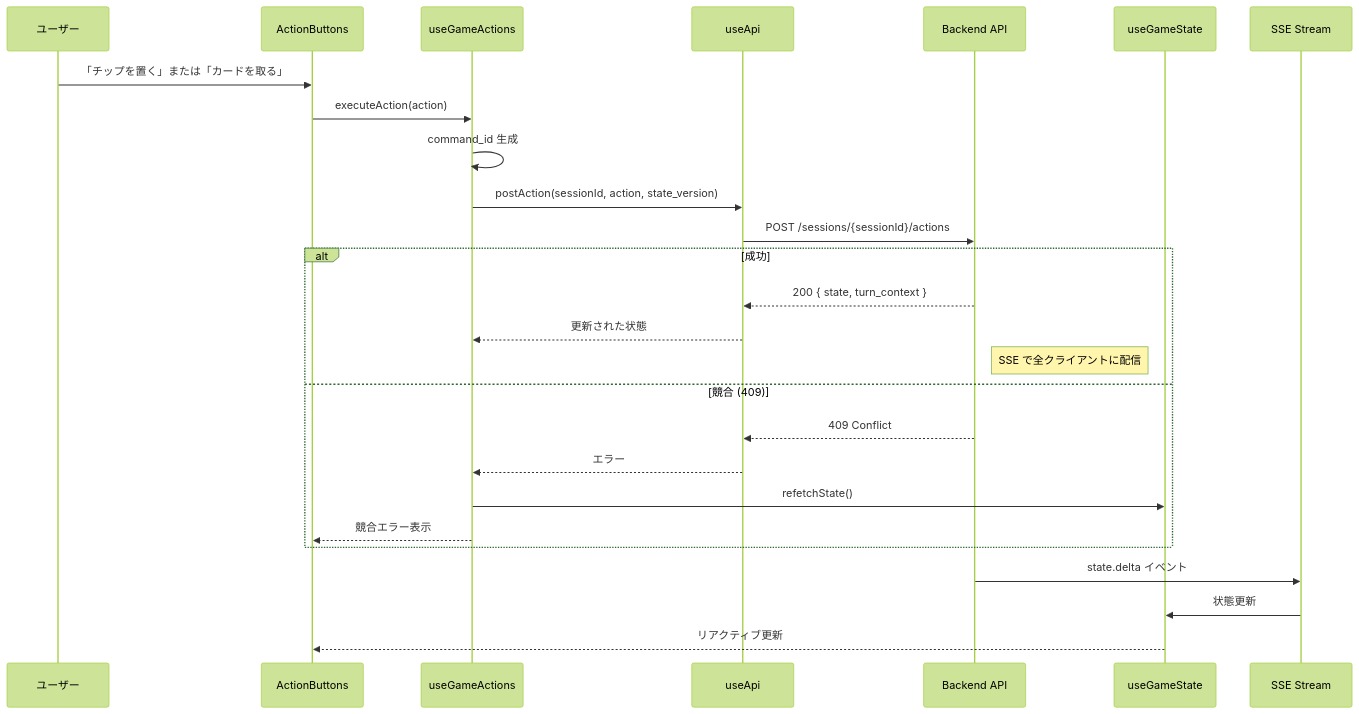
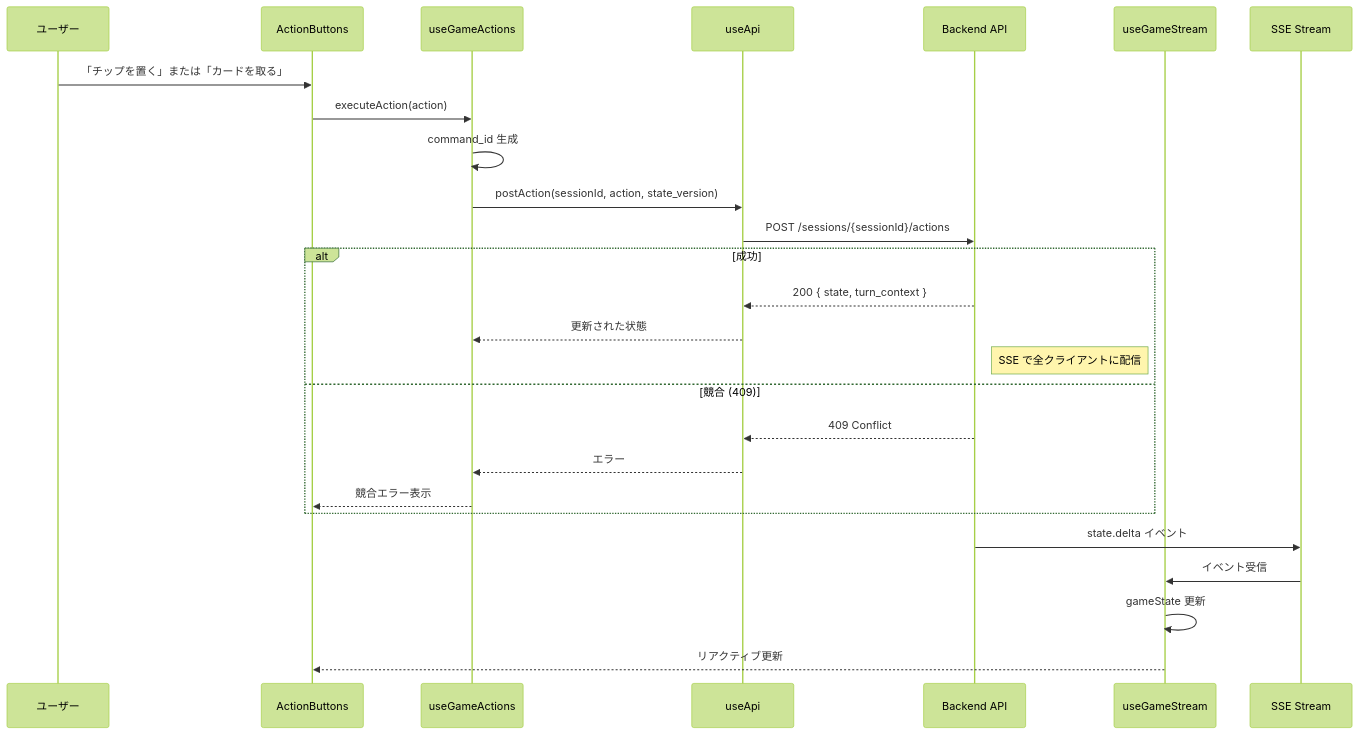
One commit to Tksi/gift changed the fourth of 6 diagrams in frontend/.kiro/specs/geschenk-board-game-frontend/design.md. Above: the diagram before and after it, drawn with Mermaid (forest theme). The commit also changed other lines of this file and 8 other files, not shown here.

````diff
--- a/frontend/.kiro/specs/geschenk-board-game-frontend/design.md
+++ b/frontend/.kiro/specs/geschenk-board-game-frontend/design.md
@@ -181,30 +175,30 @@
 ```mermaid
 sequenceDiagram
     participant User as ユーザー
     participant Comp as ActionButtons
     participant Actions as useGameActions
     participant API as useApi
     participant Backend as Backend API
-    participant State as useGameState
+    participant Stream as useGameStream
     participant SSE as SSE Stream
 
     User->>Comp: 「チップを置く」または「カードを取る」
     Comp->>Actions: executeAction(action)
     Actions->>Actions: command_id 生成
     Actions->>API: postAction(sessionId, action, state_version)
     API->>Backend: POST /sessions/{sessionId}/actions
     alt 成功
         Backend-->>API: 200 { state, turn_context }
         API-->>Actions: 更新された状態
         Note right of Backend: SSE で全クライアントに配信
     else 競合 (409)
         Backend-->>API: 409 Conflict
         API-->>Actions: エラー
-        Actions->>State: refetchState()
         Actions-->>Comp: 競合エラー表示
     end
 
     Backend->>SSE: state.delta イベント
-    SSE->>State: 状態更新
-    State-->>Comp: リアクティブ更新
+    SSE->>Stream: イベント受信
+    Stream->>Stream: gameState 更新
+    Stream-->>Comp: リアクティブ更新
 ```
````
